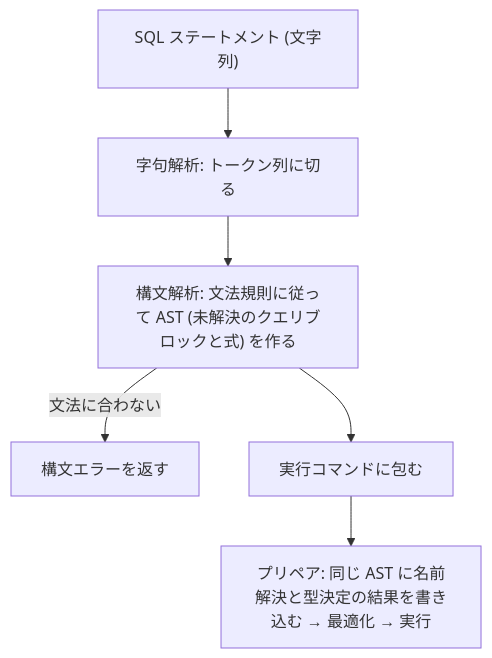
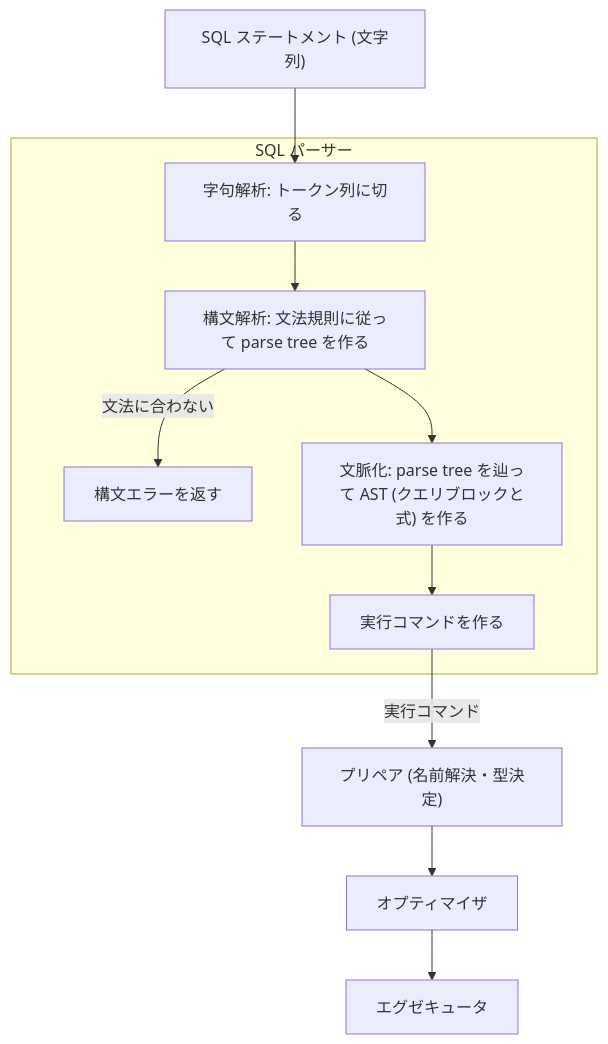
Before and after one commit to ren-yamanashi/minesql: the second of 2 diagrams in docs/specification/parser/sql_parser.md, drawn with Mermaid. The commit also changed other lines of this file and 1 other file, not shown here.

````diff
--- a/docs/specification/parser/sql_parser.md
+++ b/docs/specification/parser/sql_parser.md
@@ -49,8 +57,14 @@
 ```mermaid
 flowchart TD
-    A["SQL ステートメント (文字列)"] --> L["字句解析: トークン列に切る"]
-    L --> P["構文解析: 文法規則に従って AST (未解決のクエリブロックと式) を作る"]
-    P -- "文法に合わない" --> E["構文エラーを返す"]
-    P --> S["実行コマンドに包む"]
-    S --> N["プリペア: 同じ AST に名前解決と型決定の結果を書き込む → 最適化 → 実行"]
+    A["SQL ステートメント (文字列)"]
+    subgraph parser ["SQL パーサー"]
+        L["字句解析: トークン列に切る"] --> P["構文解析: 文法規則に従って parse tree を作る"]
+        P -- "文法に合わない" --> E["構文エラーを返す"]
+        P --> C["文脈化: parse tree を辿って AST (クエリブロックと式) を作る"]
+        C --> S["実行コマンドを作る"]
+    end
+    A --> L
+    S -->|"実行コマンド"| PR["プリペア (名前解決・型決定)"]
+    PR --> O["オプティマイザ"]
+    O --> X["エグゼキュータ"]
 ```
````
